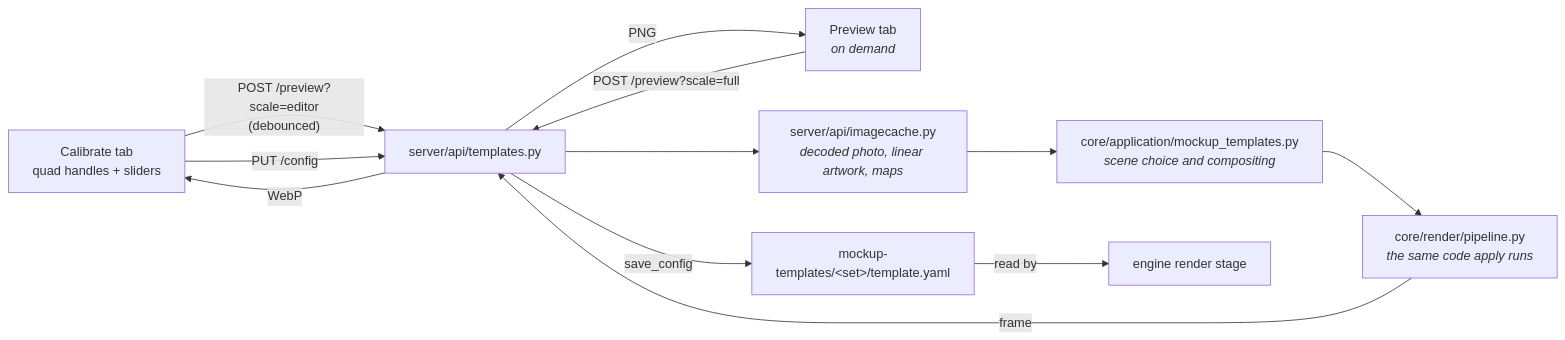
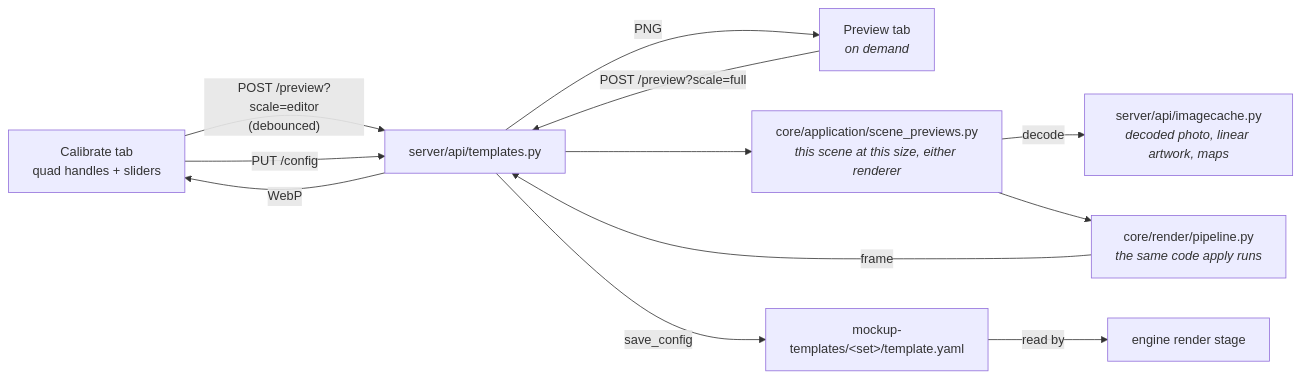
The fifth of 5 diagrams in docs/architecture.md (eli-jordan/etsy-listing-automation), drawn with Mermaid before and after one commit. The commit also changed other lines of this file and 18 other files, not shown here.

````diff
--- a/docs/architecture.md
+++ b/docs/architecture.md
@@ -343,14 +343,14 @@
 ```mermaid
 graph LR
     Canvas["Calibrate tab<br/>quad handles + sliders"] -->|"POST /preview?scale=editor<br/>(debounced)"| API["server/api/templates.py"]
     Tab["Preview tab<br/><i>on demand</i>"] -->|"POST /preview?scale=full"| API
-    API --> Cache["server/api/imagecache.py<br/><i>decoded photo, linear artwork, maps</i>"]
-    Cache --> Op["core/application/mockup_templates.py<br/><i>scene choice and compositing</i>"]
+    API --> Op["core/application/scene_previews.py<br/><i>this scene at this size, either renderer</i>"]
+    Op -->|"decode"| Cache["server/api/imagecache.py<br/><i>decoded photo, linear artwork, maps</i>"]
     Op --> RenderPipe["core/render/pipeline.py<br/><i>the same code apply runs</i>"]
     RenderPipe -->|"frame"| API
     API -->|WebP| Canvas
     API -->|PNG| Tab
     Canvas -->|"PUT /config"| API
     API -->|"save_config"| Yaml["mockup-templates/&lt;set&gt;/template.yaml"]
     Yaml -->|read by| Stage["engine render stage"]
 ```
````
